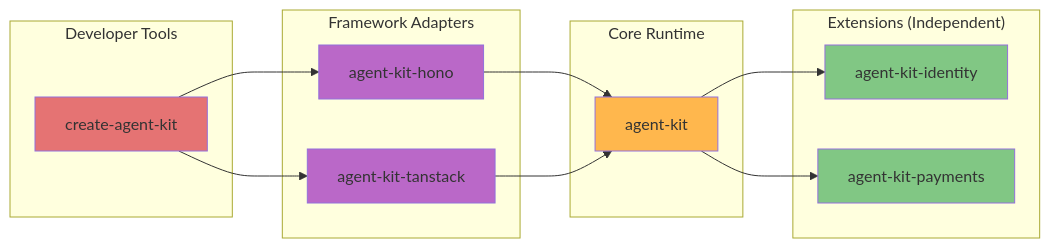
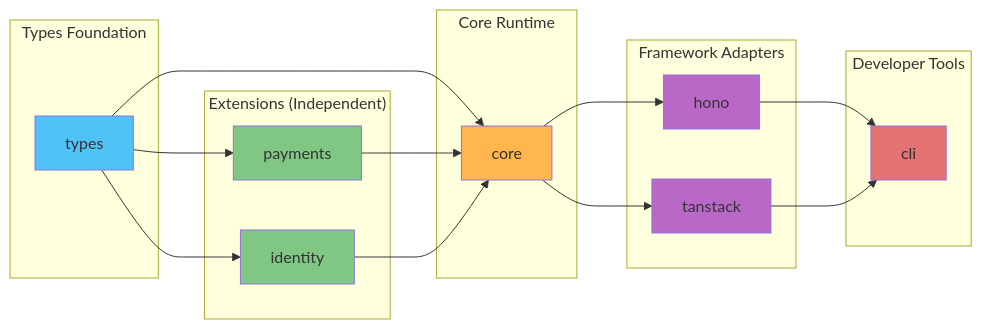
The second of 8 diagrams in docs/ARCHITECTURE.md (frontboat/lucid-agents), drawn with Mermaid before and after one commit. The commit also changed other lines of this file and 382 other files, not shown here.

````diff
--- a/docs/ARCHITECTURE.md
+++ b/docs/ARCHITECTURE.md
@@ -56,36 +64,45 @@
 ```mermaid
 graph LR
+    subgraph "Types Foundation"
+        types[types]
+    end
+
     subgraph "Extensions (Independent)"
-        identity[agent-kit-identity]
-        payments[agent-kit-payments]
+        identity[identity]
+        payments[payments]
     end
 
     subgraph "Core Runtime"
-        core[agent-kit]
+        core[core]
     end
 
     subgraph "Framework Adapters"
-        hono[agent-kit-hono]
-        tanstack[agent-kit-tanstack]
+        hono[hono]
+        tanstack[tanstack]
     end
 
     subgraph "Developer Tools"
-        cli[create-agent-kit]
+        cli[cli]
     end
 
-    core --> payments
-    core --> identity
+    types --> identity
+    types --> payments
+    types --> core
 
-    hono --> core
-    tanstack --> core
+    payments --> core
+    identity --> core
 
-    cli --> hono
-    cli --> tanstack
+    core --> hono
+    core --> tanstack
 
+    hono --> cli
+    tanstack --> cli
+
+    style types fill:#4fc3f7
     style identity fill:#81c784
     style payments fill:#81c784
     style core fill:#ffb74d
     style hono fill:#ba68c8
     style tanstack fill:#ba68c8
     style cli fill:#e57373
 ```
````
